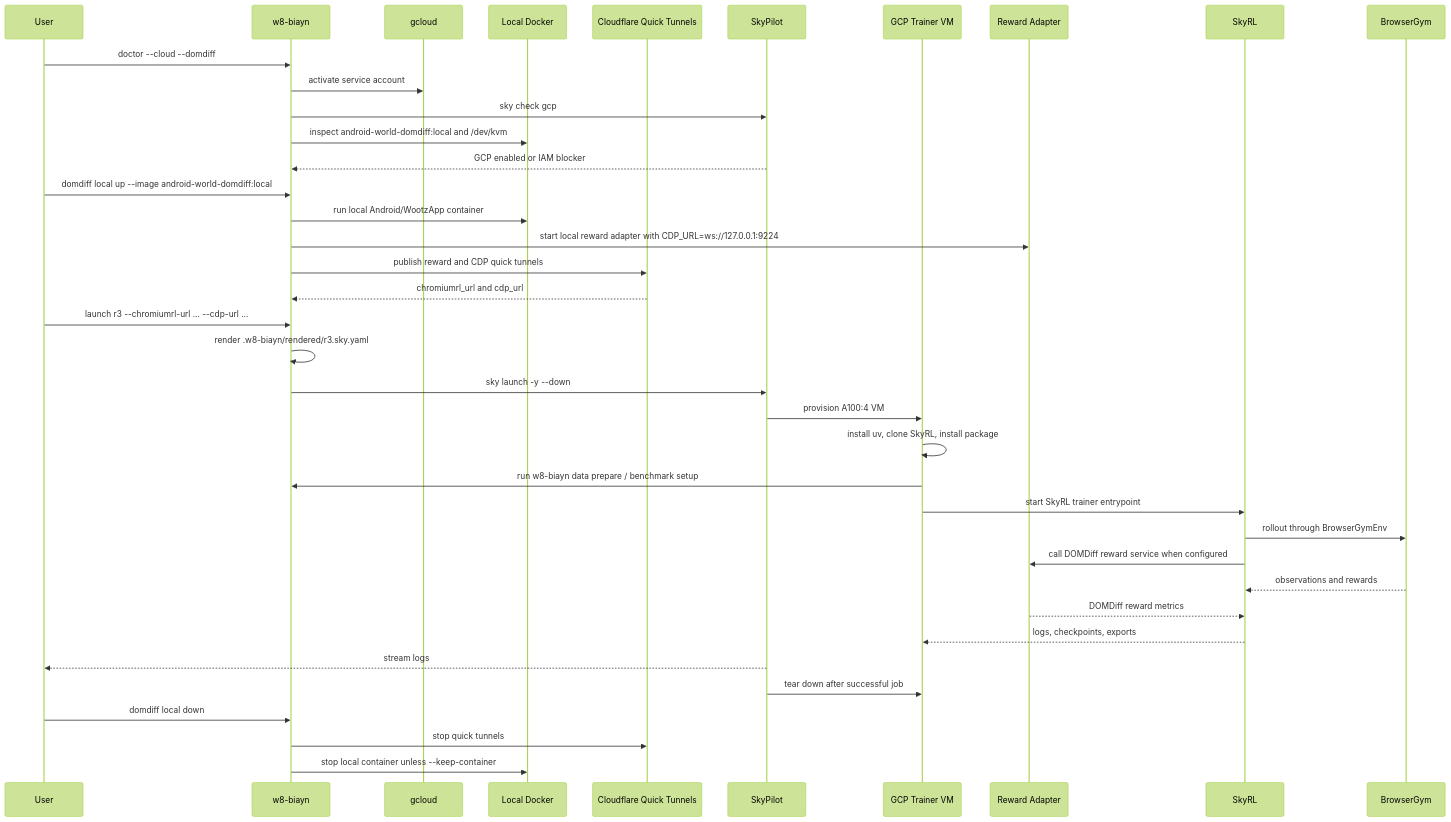
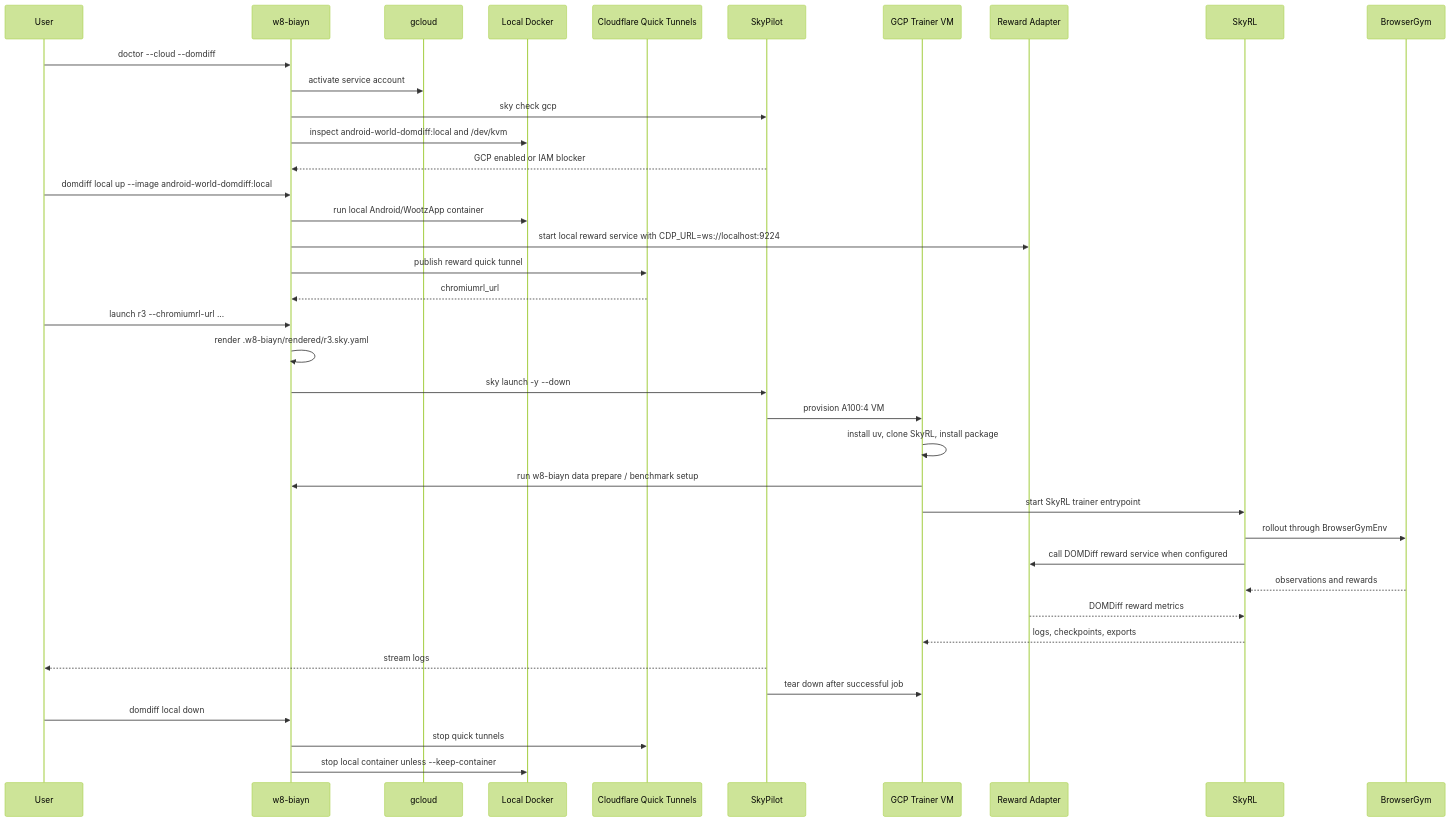
The second of 2 diagrams in README.md (sandys/browser-is-all-you-need), drawn with Mermaid (forest theme) before and after one commit. The commit also changed other lines of this file and 6 other files, not shown here.

Commit message:
Use local reward tunnel by default

````diff
--- a/README.md
+++ b/README.md
@@ -252,41 +250,41 @@
 ```mermaid
 sequenceDiagram
   participant U as User
   participant CLI as w8-biayn
   participant GC as gcloud
   participant DO as Local Docker
   participant CF as Cloudflare Quick Tunnels
   participant SKY as SkyPilot
   participant VM as GCP Trainer VM
   participant RW as Reward Adapter
   participant SRL as SkyRL
   participant BG as BrowserGym
 
   U->>CLI: doctor --cloud --domdiff
   CLI->>GC: activate service account
   CLI->>SKY: sky check gcp
   CLI->>DO: inspect android-world-domdiff:local and /dev/kvm
   SKY-->>CLI: GCP enabled or IAM blocker
   U->>CLI: domdiff local up --image android-world-domdiff:local
   CLI->>DO: run local Android/WootzApp container
-  CLI->>RW: start local reward adapter with CDP_URL=ws://127.0.0.1:9224
-  CLI->>CF: publish reward and CDP quick tunnels
-  CF-->>CLI: chromiumrl_url and cdp_url
-  U->>CLI: launch r3 --chromiumrl-url ... --cdp-url ...
+  CLI->>RW: start local reward service with CDP_URL=ws://localhost:9224
+  CLI->>CF: publish reward quick tunnel
+  CF-->>CLI: chromiumrl_url
+  U->>CLI: launch r3 --chromiumrl-url ...
   CLI->>CLI: render .w8-biayn/rendered/r3.sky.yaml
   CLI->>SKY: sky launch -y --down
   SKY->>VM: provision A100:4 VM
   VM->>VM: install uv, clone SkyRL, install package
   VM->>CLI: run w8-biayn data prepare / benchmark setup
   VM->>SRL: start SkyRL trainer entrypoint
   SRL->>BG: rollout through BrowserGymEnv
   SRL->>RW: call DOMDiff reward service when configured
   BG-->>SRL: observations and rewards
   RW-->>SRL: DOMDiff reward metrics
   SRL-->>VM: logs, checkpoints, exports
   SKY-->>U: stream logs
   SKY->>VM: tear down after successful job
   U->>CLI: domdiff local down
   CLI->>CF: stop quick tunnels
   CLI->>DO: stop local container unless --keep-container
 ```
````
